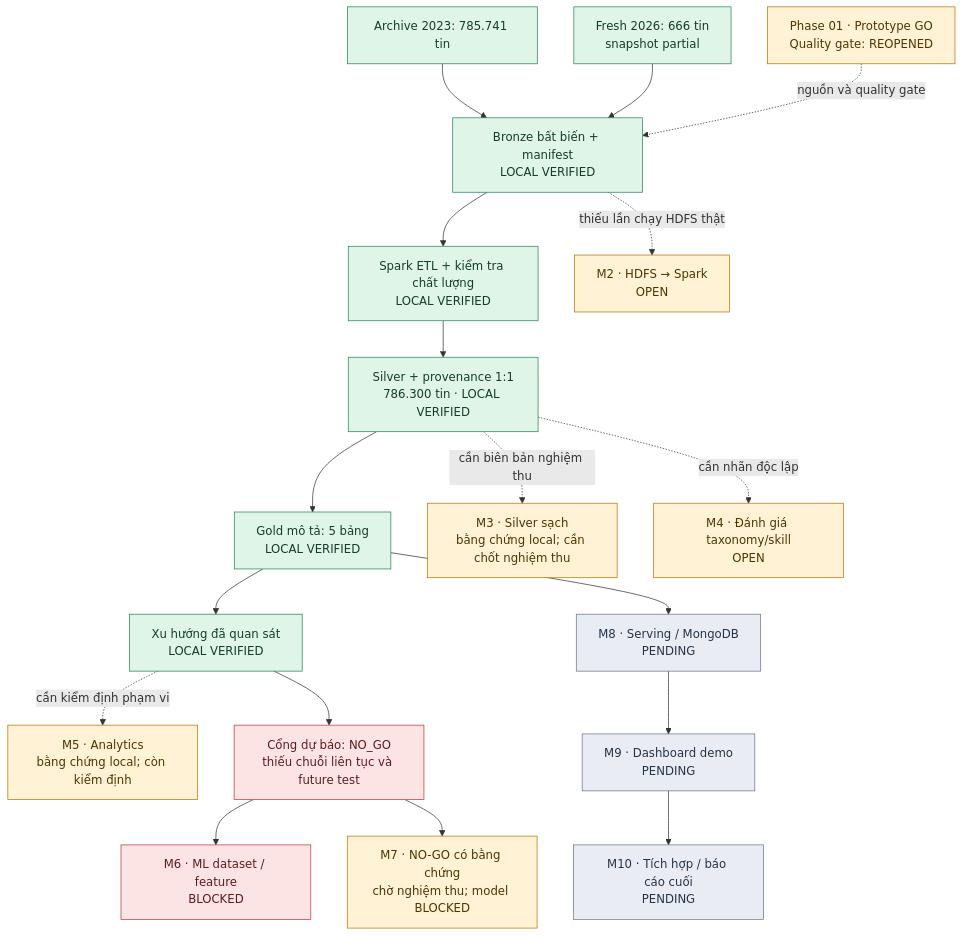
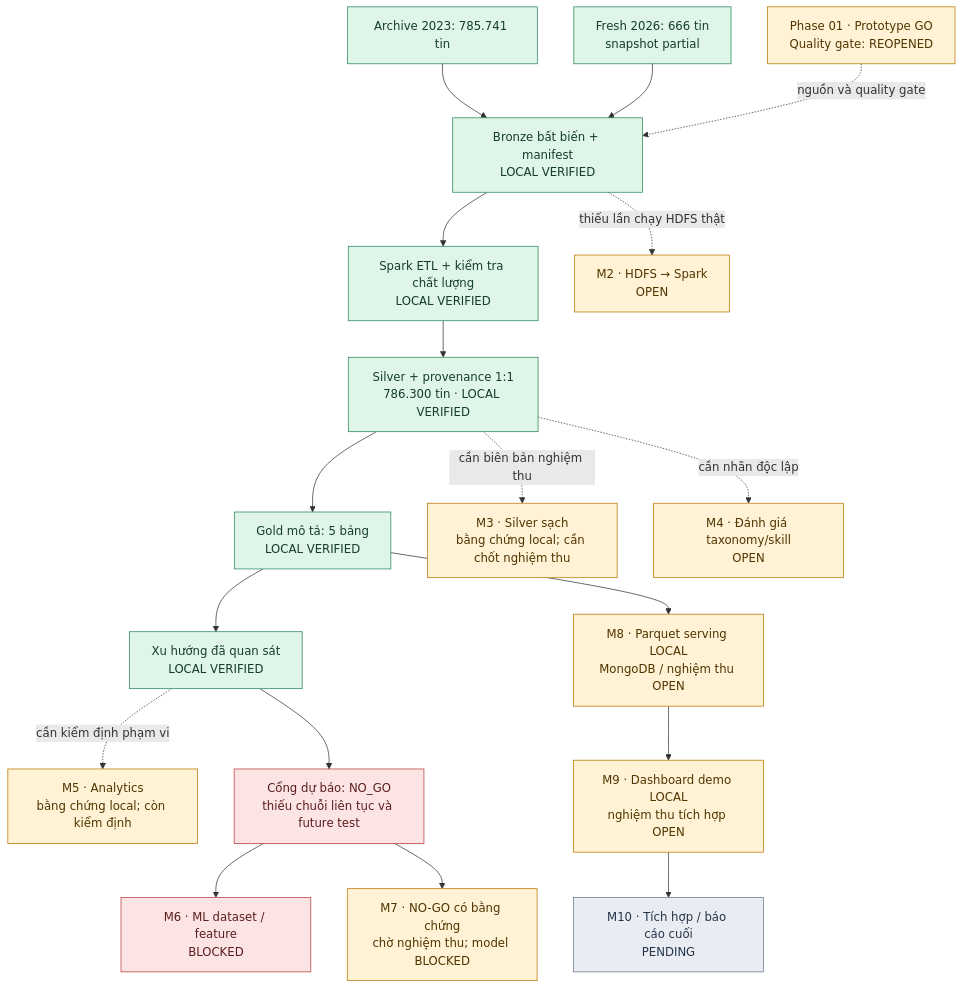
One commit to klongnguyen/BigData-IT-Job-Skill-Analytics changed the diagram in README.md. Above: the diagram before and after it, drawn with Mermaid. The commit also changed other lines of this file and 18 other files, not shown here.

````diff
--- a/README.md
+++ b/README.md
@@ -13,43 +27,44 @@
 ```mermaid
 flowchart TD
     P1["Phase 01 · Prototype GO<br/>Quality gate: REOPENED"]
     H["Archive 2023: 785.741 tin"]
     F["Fresh 2026: 666 tin<br/>snapshot partial"]
     B["Bronze bất biến + manifest<br/>LOCAL VERIFIED"]
     E["Spark ETL + kiểm tra chất lượng<br/>LOCAL VERIFIED"]
     S["Silver + provenance 1:1<br/>786.300 tin · LOCAL VERIFIED"]
     G["Gold mô tả: 5 bảng<br/>LOCAL VERIFIED"]
     A["Xu hướng đã quan sát<br/>LOCAL VERIFIED"]
     M2["M2 · HDFS → Spark<br/>OPEN"]
     M3["M3 · Silver sạch<br/>bằng chứng local; cần chốt nghiệm thu"]
     M4["M4 · Đánh giá taxonomy/skill<br/>OPEN"]
     M5["M5 · Analytics<br/>bằng chứng local; còn kiểm định"]
     PG["Cổng dự báo: NO_GO<br/>thiếu chuỗi liên tục và future test"]
     M6["M6 · ML dataset / feature<br/>BLOCKED"]
     M7["M7 · NO-GO có bằng chứng<br/>chờ nghiệm thu; model BLOCKED"]
-    SERVE["M8 · Serving / MongoDB<br/>PENDING"]
-    DASH["M9 · Dashboard demo<br/>PENDING"]
+    SERVE["M8 · Parquet serving LOCAL<br/>MongoDB / nghiệm thu OPEN"]
+    DASH["M9 · Dashboard demo LOCAL<br/>nghiệm thu tích hợp OPEN"]
     FINAL["M10 · Tích hợp / báo cáo cuối<br/>PENDING"]
 
     H --> B
     F --> B
     B --> E --> S --> G --> A
     P1 -. "nguồn và quality gate" .-> B
     B -. "thiếu lần chạy HDFS thật" .-> M2
     S -. "cần biên bản nghiệm thu" .-> M3
     S -. "cần nhãn độc lập" .-> M4
     A -. "cần kiểm định phạm vi" .-> M5
     A --> PG
     PG --> M6
     PG --> M7
     G --> SERVE --> DASH --> FINAL
 
     classDef local fill:#dff5e8,stroke:#27845b,color:#153d2b;
     classDef open fill:#fff2d5,stroke:#b87600,color:#513500;
     classDef blocked fill:#fde4e4,stroke:#b83b3b,color:#5b1e1e;
     classDef pending fill:#e9edf3,stroke:#67778d,color:#263448;
     class H,F,B,E,S,G,A local;
     class P1,M2,M3,M4,M5,M7 open;
     class PG,M6 blocked;
-    class SERVE,DASH,FINAL pending;
+    class SERVE,DASH open;
+    class FINAL pending;
 ```
````
